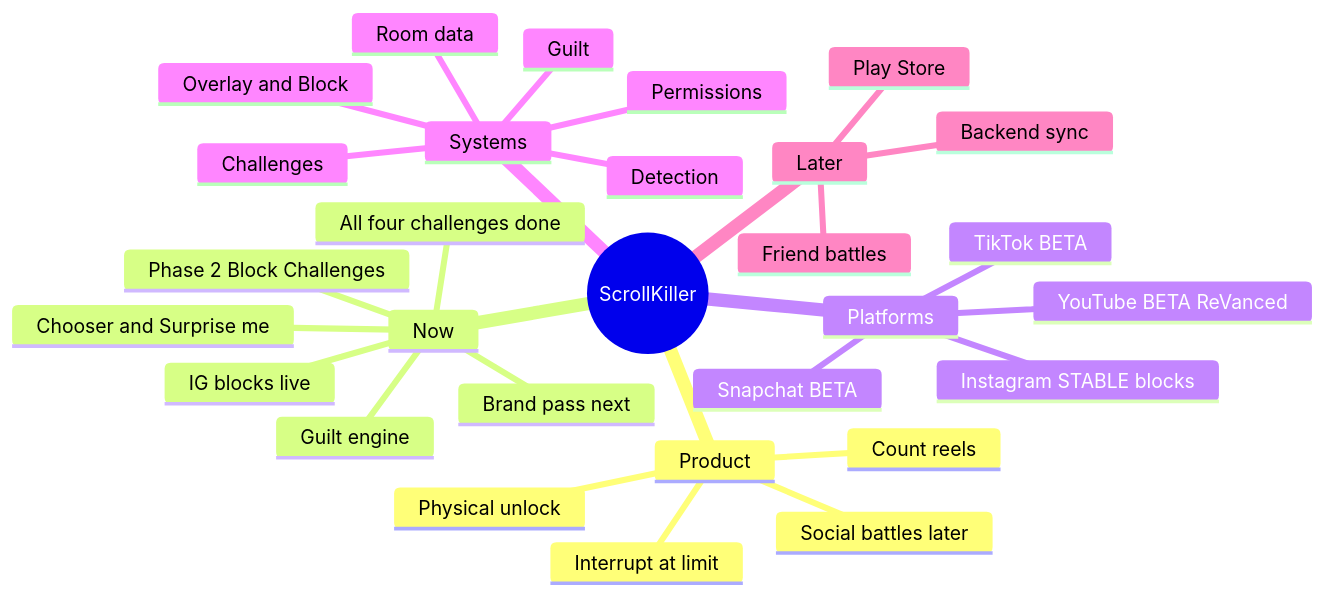
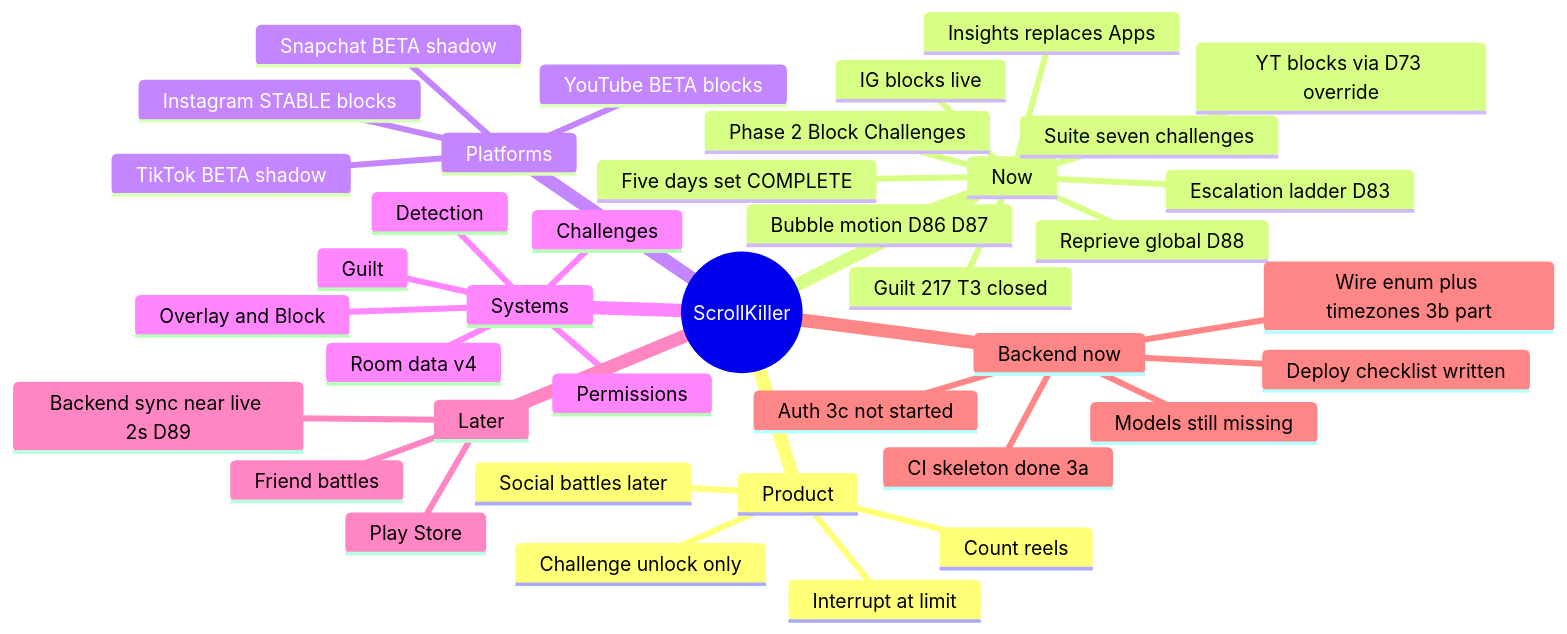
One commit to BasitScribe/ScrollKiller changed the diagram in ScrollKiller/ScrollKiller.md. Above: the diagram before and after it, drawn with Mermaid. The commit also changed other lines of this file and 71 other files, not shown here.

````diff
--- a/ScrollKiller/ScrollKiller.md
+++ b/ScrollKiller/ScrollKiller.md
@@ -12,32 +14,42 @@
 ```mermaid
 mindmap
   root((ScrollKiller))
     Product
       Count reels
       Interrupt at limit
-      Physical unlock
+      Challenge unlock only
       Social battles later
     Now
       Phase 2 Block Challenges
       IG blocks live
-      All four challenges done
-      Chooser and Surprise me
-      Guilt engine
-      Brand pass next
+      YT blocks via D73 override
+      Suite seven challenges
+      Escalation ladder D83
+      Insights replaces Apps
+      Guilt 217 T3 closed
+      Bubble motion D86 D87
+      Reprieve global D88
+      Five days set COMPLETE
     Platforms
       Instagram STABLE blocks
-      YouTube BETA ReVanced
-      TikTok BETA
-      Snapchat BETA
+      YouTube BETA blocks
+      TikTok BETA shadow
+      Snapchat BETA shadow
     Systems
       Detection
       Overlay and Block
       Guilt
       Challenges
-      Room data
+      Room data v4
       Permissions
     Later
-      Backend sync
+      Backend sync near live 2s D89
       Friend battles
       Play Store
+    Backend now
+      CI skeleton done 3a
+      Wire enum plus timezones 3b part
+      Models still missing
+      Auth 3c not started
+      Deploy checklist written
 ```
````
